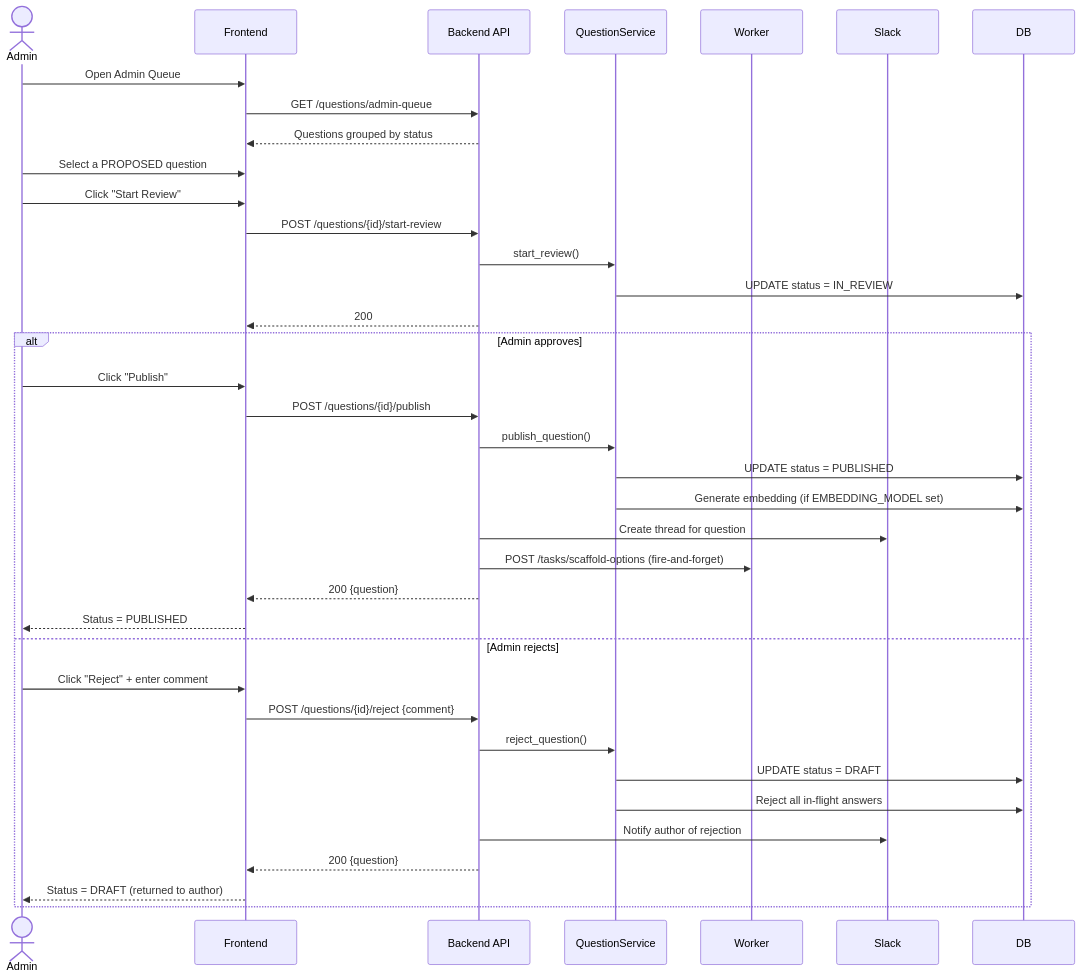
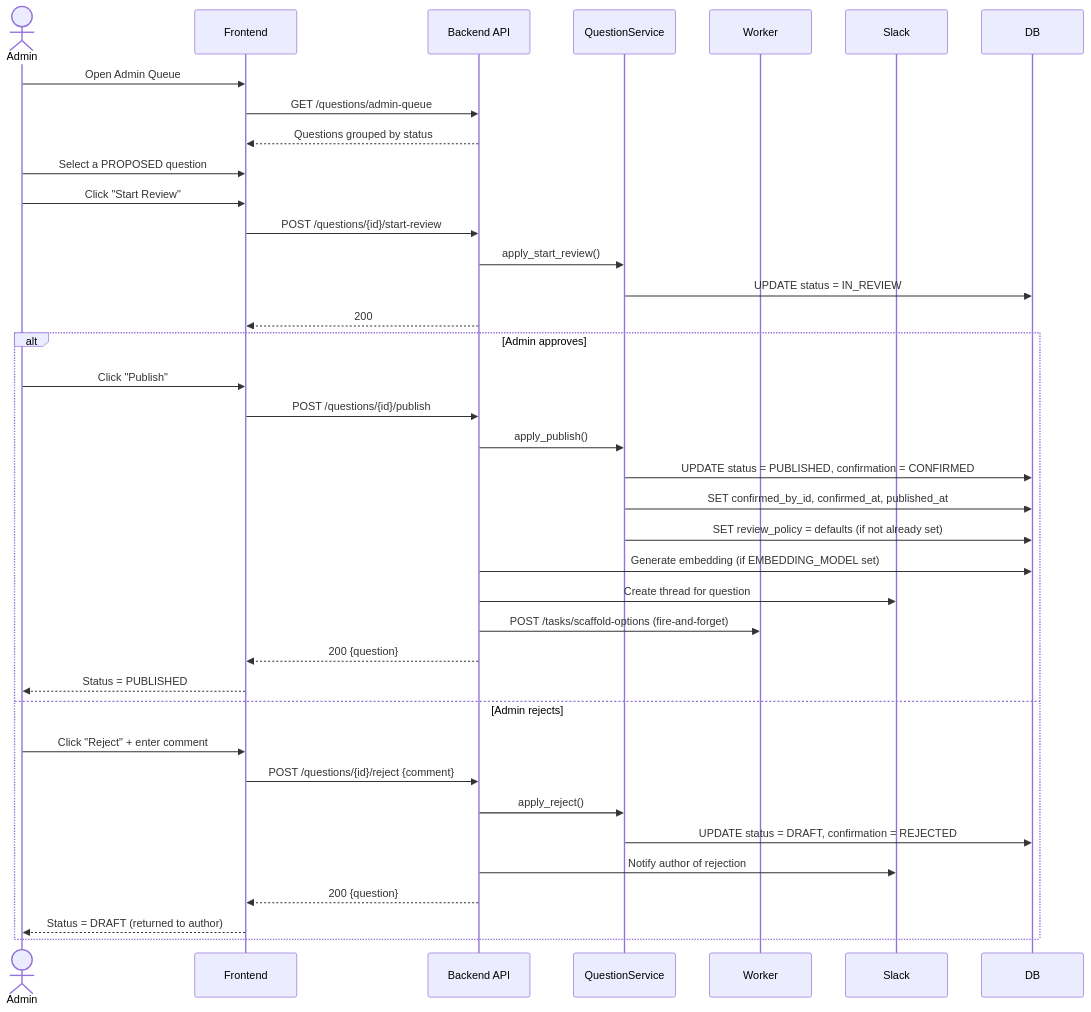
Before and after one commit to keytech42/tacit-knowledge-elicitation: the fourth of 17 diagrams in docs/sequence-diagrams.md, drawn with Mermaid. The commit also changed other lines of this file, not shown here.

First line of the commit message:
Fix sequence diagram inaccuracies and add state machine notes

````diff
--- a/docs/sequence-diagrams.md
+++ b/docs/sequence-diagrams.md
@@ -114,42 +116,43 @@
 ```mermaid
 sequenceDiagram
     actor Admin
     participant Frontend
     participant Backend as Backend API
     participant QService as QuestionService
     participant Worker
     participant Slack
     participant DB
 
     Admin->>Frontend: Open Admin Queue
     Frontend->>Backend: GET /questions/admin-queue
     Backend-->>Frontend: Questions grouped by status
 
     Admin->>Frontend: Select a PROPOSED question
     Admin->>Frontend: Click "Start Review"
     Frontend->>Backend: POST /questions/{id}/start-review
-    Backend->>QService: start_review()
+    Backend->>QService: apply_start_review()
     QService->>DB: UPDATE status = IN_REVIEW
     Backend-->>Frontend: 200
 
     alt Admin approves
         Admin->>Frontend: Click "Publish"
         Frontend->>Backend: POST /questions/{id}/publish
-        Backend->>QService: publish_question()
-        QService->>DB: UPDATE status = PUBLISHED
-        QService->>DB: Generate embedding (if EMBEDDING_MODEL set)
+        Backend->>QService: apply_publish()
+        QService->>DB: UPDATE status = PUBLISHED, confirmation = CONFIRMED
+        QService->>DB: SET confirmed_by_id, confirmed_at, published_at
+        QService->>DB: SET review_policy = defaults (if not already set)
+        Backend->>DB: Generate embedding (if EMBEDDING_MODEL set)
         Backend->>Slack: Create thread for question
         Backend->>Worker: POST /tasks/scaffold-options (fire-and-forget)
         Backend-->>Frontend: 200 {question}
         Frontend-->>Admin: Status = PUBLISHED
     else Admin rejects
         Admin->>Frontend: Click "Reject" + enter comment
         Frontend->>Backend: POST /questions/{id}/reject {comment}
-        Backend->>QService: reject_question()
-        QService->>DB: UPDATE status = DRAFT
-        QService->>DB: Reject all in-flight answers
+        Backend->>QService: apply_reject()
+        QService->>DB: UPDATE status = DRAFT, confirmation = REJECTED
         Backend->>Slack: Notify author of rejection
         Backend-->>Frontend: 200 {question}
         Frontend-->>Admin: Status = DRAFT (returned to author)
     end
 ```
````
